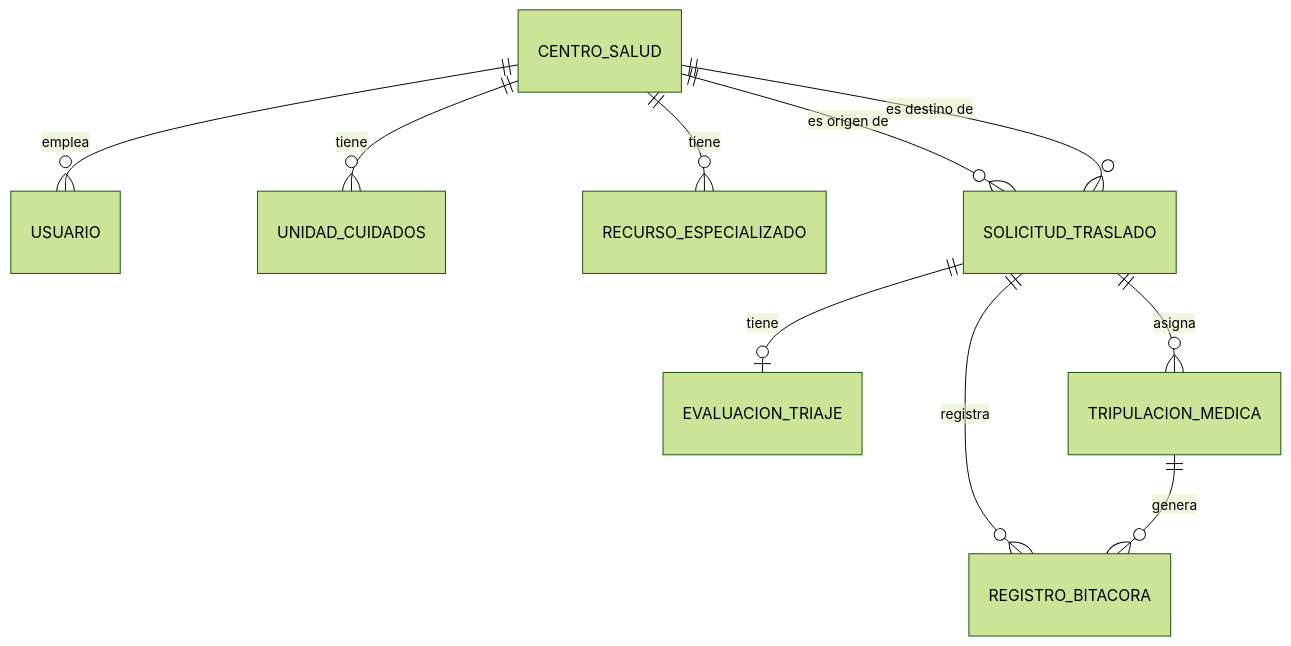
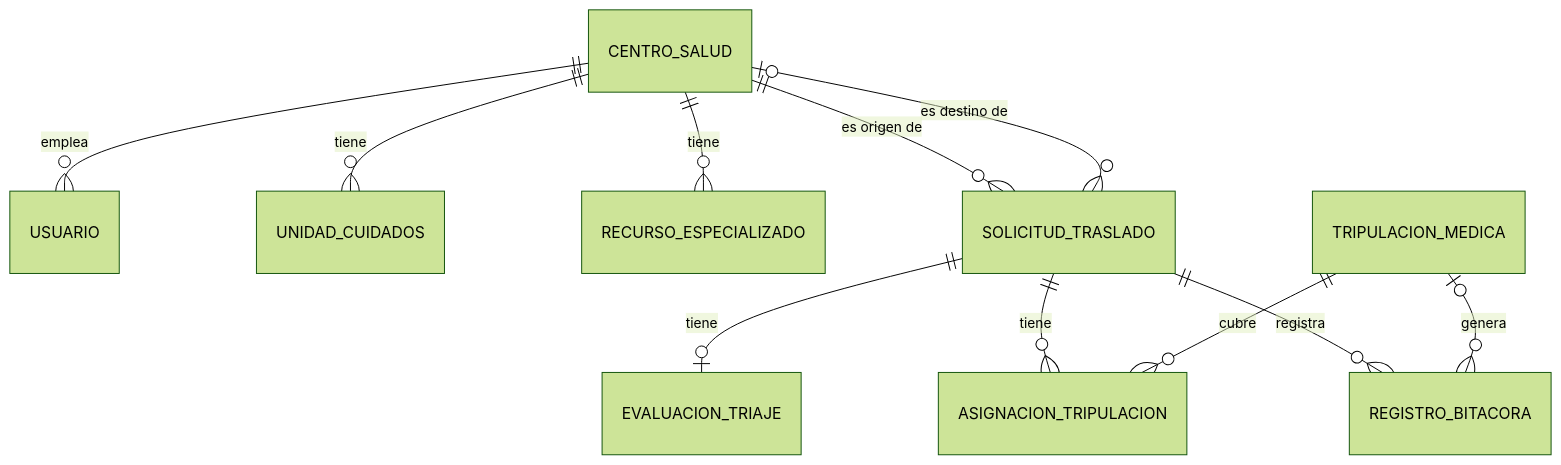
The diagram in README.md (MateoDip/CareRoute), drawn with Mermaid (forest theme) before and after one commit. The commit also changed other lines of this file and 13 other files, not shown here.

````diff
--- a/README.md
+++ b/README.md
@@ -95,12 +80,13 @@
 ```mermaid
 erDiagram
     CENTRO_SALUD ||--o{ USUARIO : "emplea"
     CENTRO_SALUD ||--o{ UNIDAD_CUIDADOS : "tiene"
     CENTRO_SALUD ||--o{ RECURSO_ESPECIALIZADO : "tiene"
     CENTRO_SALUD ||--o{ SOLICITUD_TRASLADO : "es origen de"
-    CENTRO_SALUD ||--o{ SOLICITUD_TRASLADO : "es destino de"
+    CENTRO_SALUD |o--o{ SOLICITUD_TRASLADO : "es destino de"
     SOLICITUD_TRASLADO ||--o| EVALUACION_TRIAJE : "tiene"
-    SOLICITUD_TRASLADO ||--o{ TRIPULACION_MEDICA : "asigna"
+    SOLICITUD_TRASLADO ||--o{ ASIGNACION_TRIPULACION : "tiene"
+    TRIPULACION_MEDICA ||--o{ ASIGNACION_TRIPULACION : "cubre"
     SOLICITUD_TRASLADO ||--o{ REGISTRO_BITACORA : "registra"
-    TRIPULACION_MEDICA ||--o{ REGISTRO_BITACORA : "genera"
+    TRIPULACION_MEDICA |o--o{ REGISTRO_BITACORA : "genera"
 ```
````
